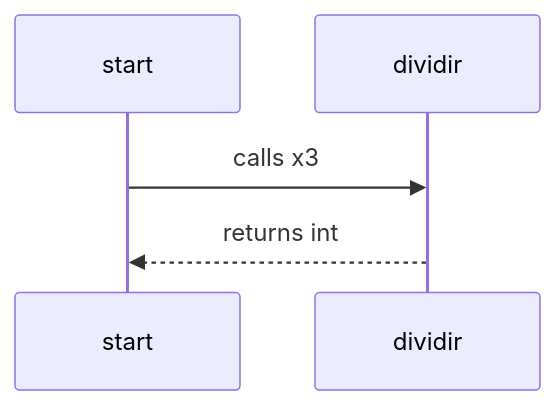
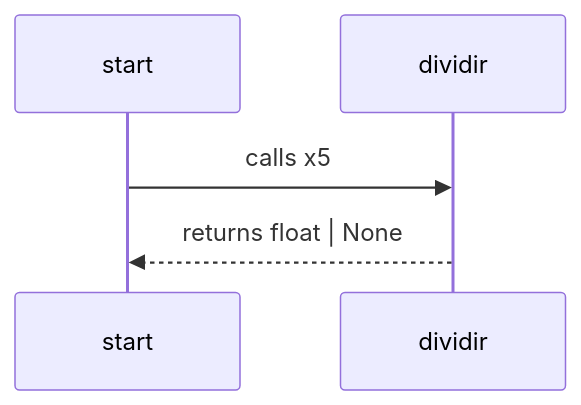
The diagram in Unidad 11/docs/diagrama_de_secuencia_division.md (Nacho215/Practica-Data-Engineer), drawn with Mermaid before and after one commit. The commit also changed other lines of this file and 7 other files, not shown here.

Commit message:
Fix: Updated functions, tests and diagrams

````diff
--- a/Unidad 11/docs/diagrama_de_secuencia_division.md
+++ b/Unidad 11/docs/diagrama_de_secuencia_division.md
@@ -5,6 +5,6 @@
 ```mermaid
 sequenceDiagram
-  start->>dividir: calls x3
-  dividir-->>start: returns int
+  start->>dividir: calls x5
+  dividir-->>start: returns float | None
 
 ```
````
